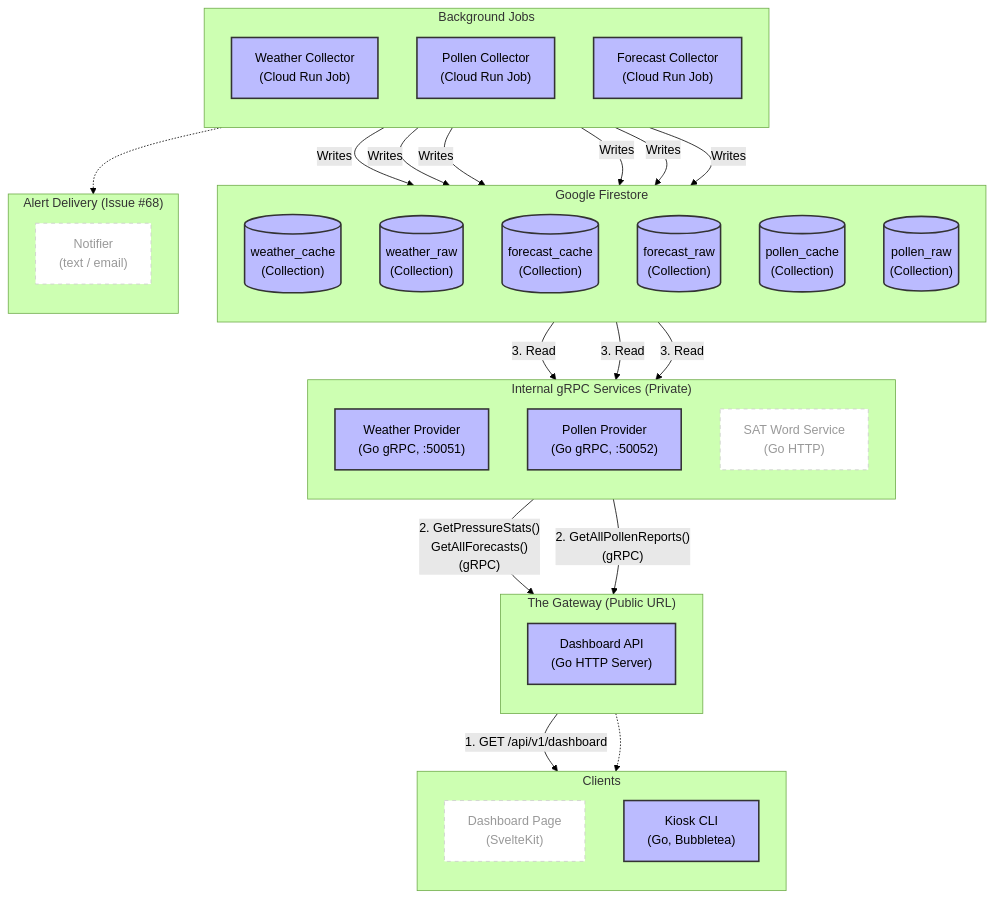
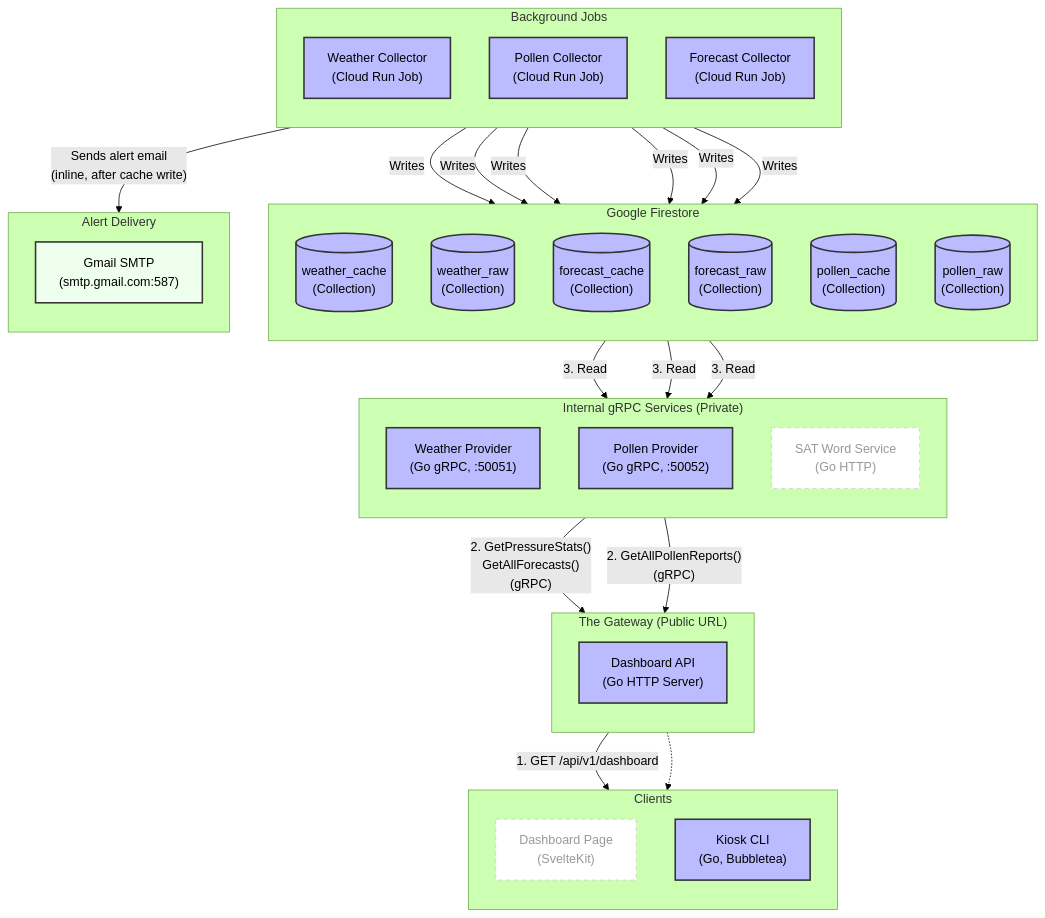
The diagram in docs/ARCHITECTURE_INFRASTRUCTURE.md (nickfang/personal-dashboard), drawn with Mermaid (forest theme) before and after one commit. The commit also changed other lines of this file and 16 other files, not shown here.

````diff
--- a/docs/ARCHITECTURE_INFRASTRUCTURE.md
+++ b/docs/ARCHITECTURE_INFRASTRUCTURE.md
@@ -5,66 +5,67 @@
 ```mermaid
 flowchart TD
     subgraph Clients ["Clients"]
         direction TB
         UI_Dash["Dashboard Page<br/>(SvelteKit)"]:::future
         UI_CLI["Kiosk CLI<br/>(Go, Bubbletea)"]:::done
     end
 
     subgraph Aggregator ["The Gateway (Public URL)"]
         direction TB
         S_Dash["Dashboard API<br/>(Go HTTP Server)"]:::done
     end
 
     subgraph Microservices ["Internal gRPC Services (Private)"]
         direction TB
         S_Weath["Weather Provider<br/>(Go gRPC, :50051)"]:::done
         S_Poll["Pollen Provider<br/>(Go gRPC, :50052)"]:::done
         S_Sat["SAT Word Service<br/>(Go HTTP)"]:::future
     end
 
     subgraph Background ["Background Jobs"]
         direction TB
         J_Weath["Weather Collector<br/>(Cloud Run Job)"]:::done
         J_Poll["Pollen Collector<br/>(Cloud Run Job)"]:::done
         J_Fore["Forecast Collector<br/>(Cloud Run Job)"]:::done
     end
 
     subgraph Data ["Google Firestore"]
         direction TB
         DB_Weath[("weather_cache<br/>(Collection)")]:::done
         DB_Raw[("weather_raw<br/>(Collection)")]:::done
         DB_ForCache[("forecast_cache<br/>(Collection)")]:::done
         DB_ForRaw[("forecast_raw<br/>(Collection)")]:::done
         DB_PolCache[("pollen_cache<br/>(Collection)")]:::done
         DB_PolRaw[("pollen_raw<br/>(Collection)")]:::done
     end
 
-    subgraph Notify ["Alert Delivery (Issue #68)"]
+    subgraph Notify ["Alert Delivery"]
         direction TB
-        N_Notif["Notifier<br/>(text / email)"]:::future
+        N_Mail["Gmail SMTP<br/>(smtp.gmail.com:587)"]:::external
     end
 
     %% Data Flow (arrows follow data direction)
     DB_Weath -- "3. Read" --> S_Weath
     DB_ForCache -- "3. Read" --> S_Weath
     DB_PolCache -- "3. Read" --> S_Poll
 
     S_Weath -- "2. GetPressureStats()<br/>GetAllForecasts()<br/>(gRPC)" --> S_Dash
     S_Poll -- "2. GetAllPollenReports()<br/>(gRPC)" --> S_Dash
 
     S_Dash -- "1. GET /api/v1/dashboard" --> UI_CLI
     S_Dash -.-> UI_Dash
 
     J_Weath -- "Writes" --> DB_Weath
     J_Weath -- "Writes" --> DB_Raw
     J_Fore -- "Writes" --> DB_ForCache
     J_Fore -- "Writes" --> DB_ForRaw
     J_Poll -- "Writes" --> DB_PolCache
     J_Poll -- "Writes" --> DB_PolRaw
 
-    J_Fore -.-> N_Notif
+    J_Fore -- "Sends alert email<br/>(inline, after cache write)" --> N_Mail
 
     %% Styling
     classDef done fill:#bbf,stroke:#333,stroke-width:2px,color:black;
     classDef future fill:#fff,stroke:#ccc,stroke-width:1px,color:#999,stroke-dasharray: 5 5;
+    classDef external fill:#efe,stroke:#333,stroke-width:2px,color:black;
 ```
````
